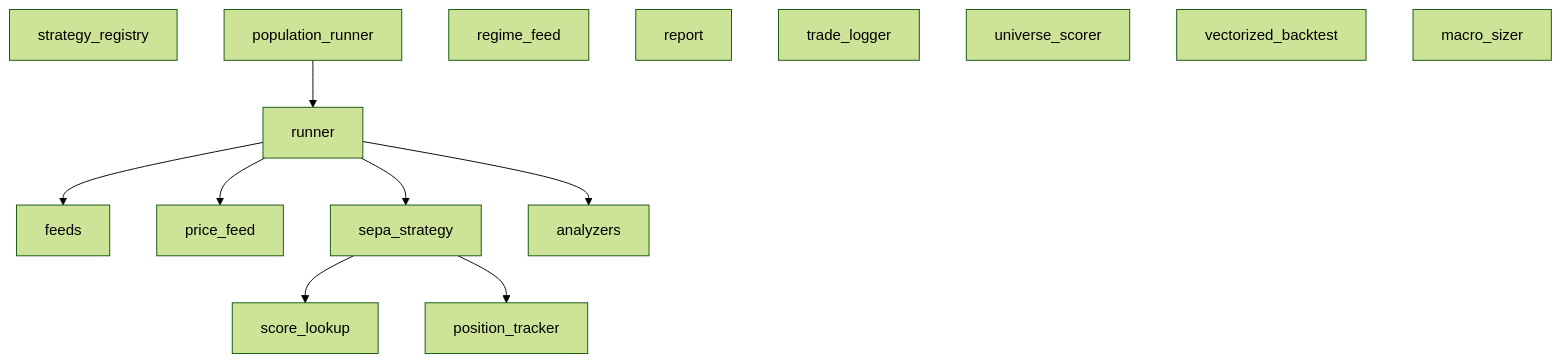
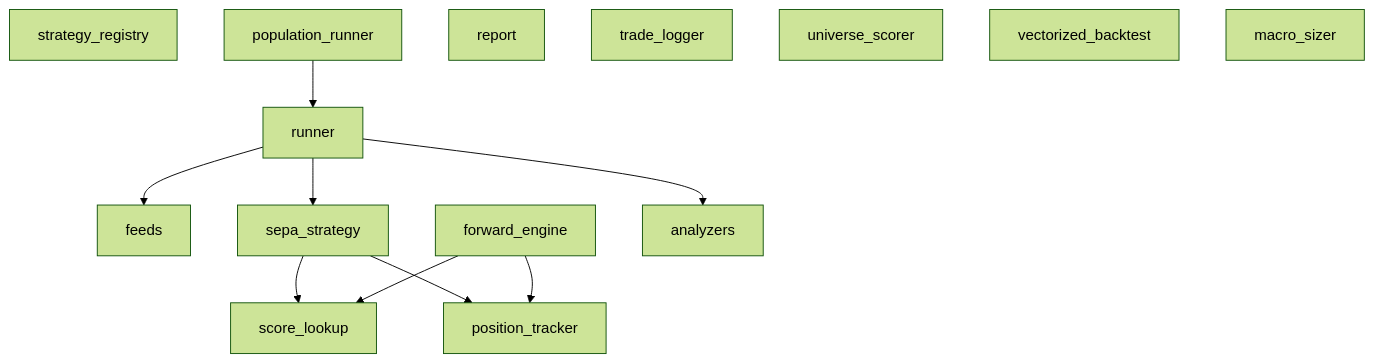
Before and after one commit to Nanorice/mm-strat: the diagram in docs/modules/backtest.md, drawn with Mermaid (forest theme). The commit also changed other lines of this file and 6 other files, not shown here.

````diff
--- a/docs/modules/backtest.md
+++ b/docs/modules/backtest.md
@@ -10,25 +16,25 @@
 ```mermaid
 graph TD
     strategy_registry[strategy_registry]
     population_runner[population_runner]
     feeds[feeds]
     position_tracker[position_tracker]
-    price_feed[price_feed]
-    regime_feed[regime_feed]
     report[report]
     runner[runner]
     runner --> feeds
     runner --> sepa_strategy
-    runner --> price_feed
     score_lookup[score_lookup]
     sepa_strategy[sepa_strategy]
     sepa_strategy --> score_lookup
     sepa_strategy --> position_tracker
+    forward_engine[forward_engine]
+    forward_engine --> position_tracker
+    forward_engine --> score_lookup
     trade_logger[trade_logger]
     universe_scorer[universe_scorer]
     vectorized_backtest[vectorized_backtest]
     analyzers[analyzers]
     macro_sizer[macro_sizer]
     population_runner --> runner
     runner --> analyzers
 ```
````
